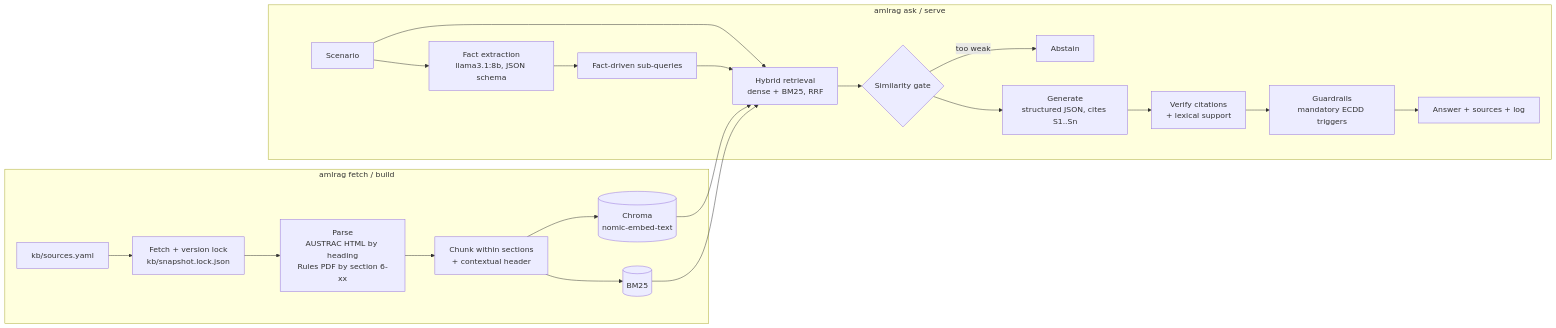
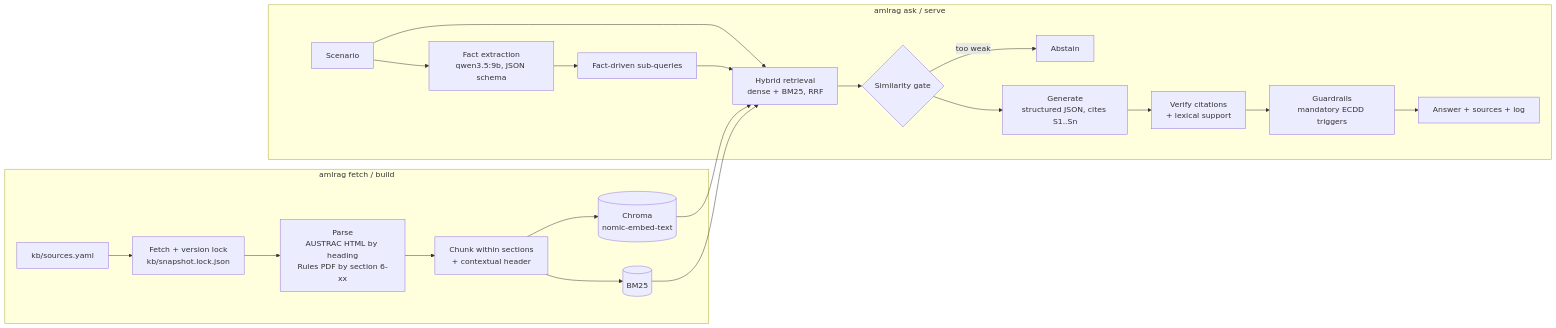
One commit to shreyass9882/Internal-AML-KYC-compliance-assistant changed the diagram in README.md. Above: the diagram before and after it, drawn with Mermaid. The commit also changed other lines of this file and 10 other files, not shown here.

````diff
--- a/README.md
+++ b/README.md
@@ -22,24 +22,24 @@
 ```mermaid
 flowchart LR
   subgraph Ingest ["amlrag fetch / build"]
     A[kb/sources.yaml] --> B[Fetch + version lock<br/>kb/snapshot.lock.json]
     B --> C[Parse<br/>AUSTRAC HTML by heading<br/>Rules PDF by section 6-xx]
     C --> D[Chunk within sections<br/>+ contextual header]
     D --> E[(Chroma<br/>nomic-embed-text)]
     D --> F[(BM25)]
   end
   subgraph Answer ["amlrag ask / serve"]
-    Q[Scenario] --> X[Fact extraction<br/>llama3.1:8b, JSON schema]
+    Q[Scenario] --> X[Fact extraction<br/>qwen3.5:9b, JSON schema]
     X --> S[Fact-driven sub-queries]
     Q --> R[Hybrid retrieval<br/>dense + BM25, RRF]
     S --> R
     E --> R
     F --> R
     R --> G{Similarity gate}
     G -- too weak --> AB[Abstain]
     G --> L[Generate<br/>structured JSON, cites S1..Sn]
     L --> V[Verify citations<br/>+ lexical support]
     V --> GR[Guardrails<br/>mandatory ECDD triggers]
     GR --> OUT[Answer + sources + log]
   end
 ```
````
